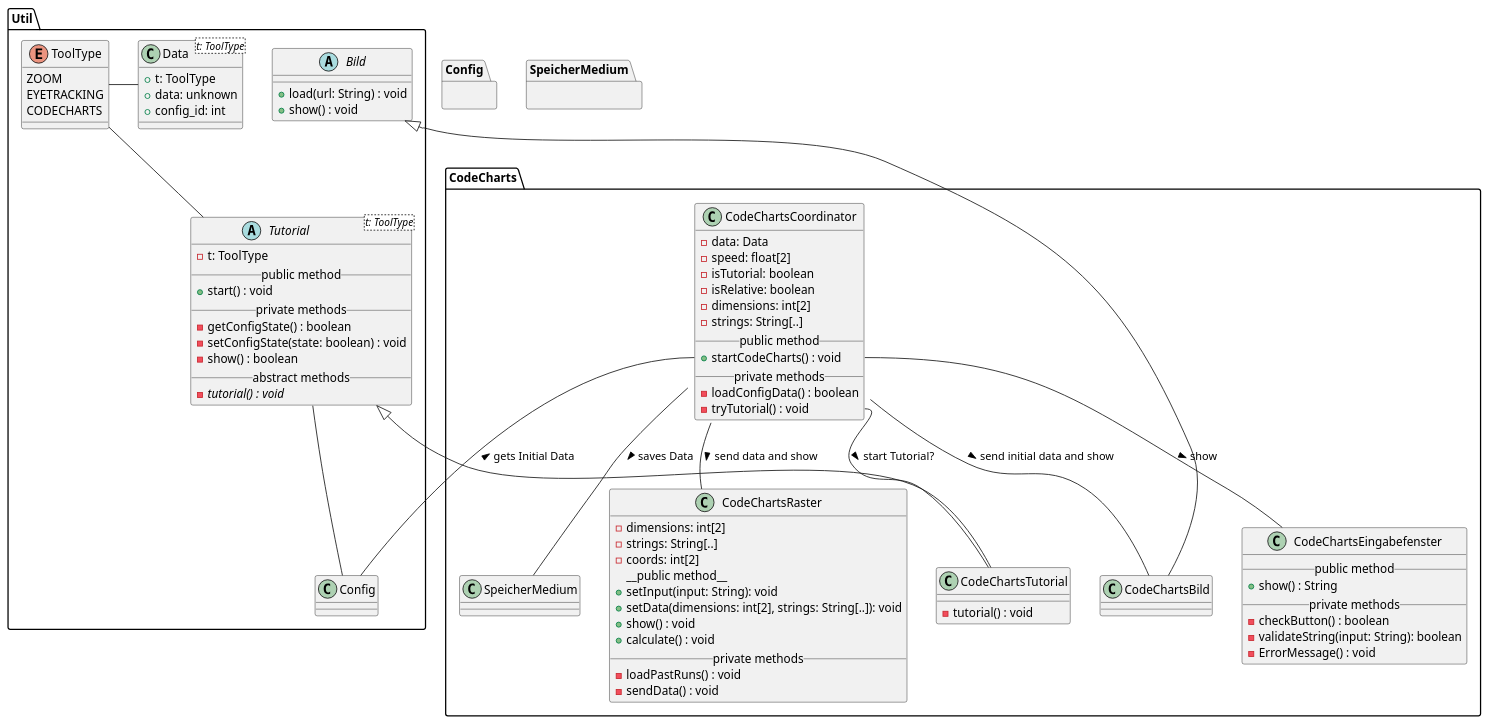
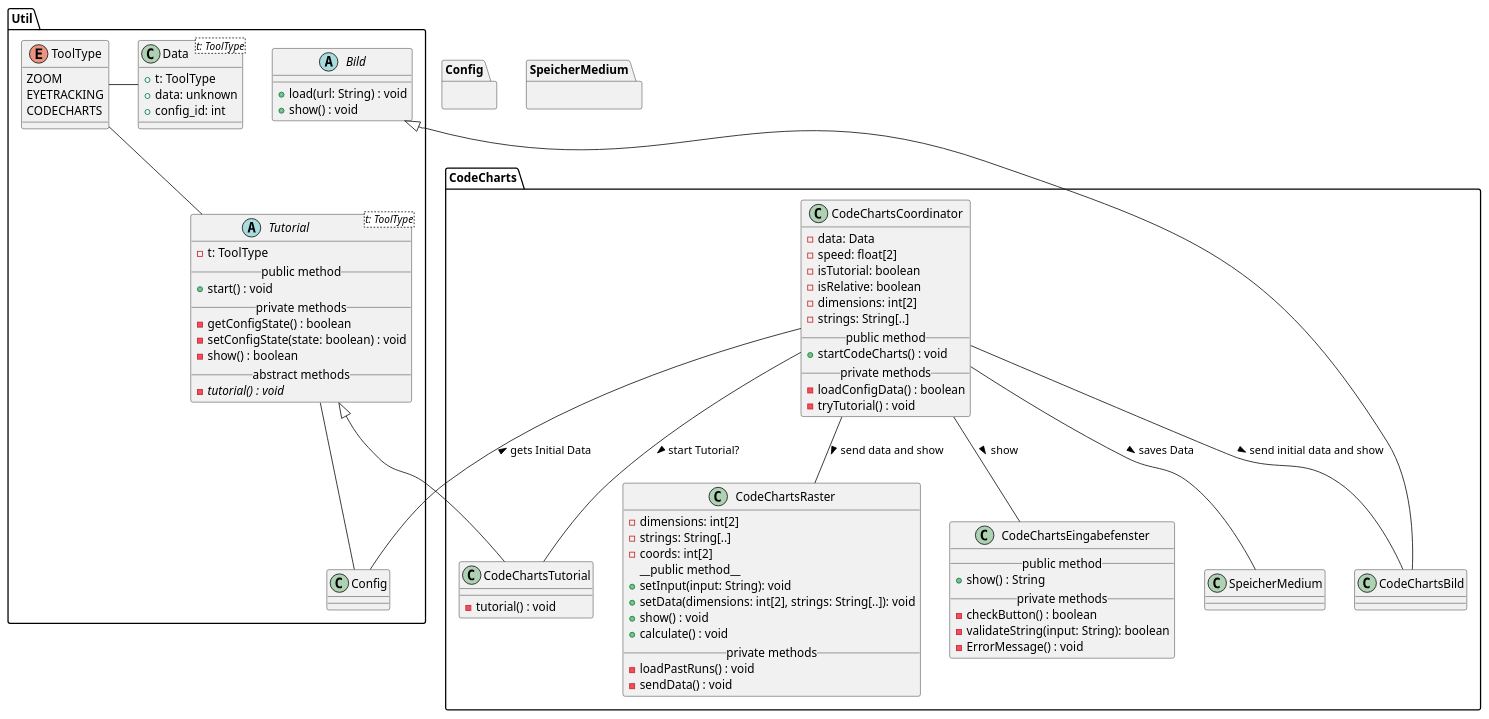
Before and after one commit to weichware10/meilensteine: the diagram in meilenstein_03/uml-code_charts/uml-code_charts.puml, drawn with PlantUML.

Commit message:
Fehlerbehebung

```diff
--- a/meilenstein_03/uml-code_charts/uml-code_charts.puml
+++ b/meilenstein_03/uml-code_charts/uml-code_charts.puml
@@ -1,120 +1,119 @@
 @startuml code_charts
 ' skinparam backgroundColor transparent
 '() System #DA70D5
 top to bottom direction
 
 package Util {
     ' --- TUTORIAL ---
     abstract Tutorial<t: ToolType> {
       - t: ToolType
       __public method__
       + start() : void
       __private methods__
       - getConfigState() : boolean
       - setConfigState(state: boolean) : void
       - show() : boolean
       __abstract methods__
       - {abstract} tutorial() : void
     }
 
     enum ToolType {
       ZOOM
       EYETRACKING
       CODECHARTS
     }
 
     ' Interaktionen
     Tutorial -u- ToolType
     Data -r- ToolType
     Tutorial -d- Config
 
 
     ' --- BILD ---
 
     abstract Bild {
       + load(url: String) : void
       + show() : void
     }
 
     class Data<t: ToolType> {
         + t: ToolType
         + data: unknown
         + config_id: int
     }
 }
 
 ' === CODE CHARTS ===
 package CodeCharts {
 
     ' CodeCharts Tutorial 
     class CodeChartsTutorial {
       - tutorial() : void
     }
   
     ' CodeCharts Coordinator
     class CodeChartsCoordinator {
         - data: Data
         - speed: float[2]
         - isTutorial: boolean
         - isRelative: boolean
         - dimensions: int[2]
         - strings: String[..]
         __public method__
         + startCodeCharts() : void
         __private methods__
         - loadConfigData() : boolean
         - tryTutorial() : void
     }    
 
     ' CodeCharts Bild
     class CodeChartsBild {
     }
 
     ' CodeCharts Raster
     class CodeChartsRaster {
-        ' Unsicher ob es sinnvoll ist alle vorherigen Durchläufe auf einmal zu laden
         - dimensions: int[2]
         - strings: String[..]
         - coords: int[2]
         __public method__ 
         + setInput(input: String): void
         + setData(dimensions: int[2], strings: String[..]): void
         + show() : void
         + calculate() : void
         __private methods__
         - loadPastRuns() : void
         - sendData() : void
     }
 
     ' CodeCharts Eingabefenster
     class CodeChartsEingabefenster {
         __public method__
         + show() : String
         __private methods__
         - checkButton() : boolean
         - validateString(input: String): boolean
         - ErrorMessage() : void
     }
 
-  ' Vererbungen
-  Bild <|-d- CodeChartsBild
-  Tutorial <|-d- CodeChartsTutorial
+    ' Vererbungen
+    Bild <|-d- CodeChartsBild
+    Tutorial <|-d- CodeChartsTutorial
 
-  ' Interaktionen 
-  CodeChartsCoordinator -- CodeChartsBild : > send initial data and show
-  CodeChartsCoordinator -- CodeChartsRaster : > send data and show
-  CodeChartsCoordinator::startCodeCharts -- CodeChartsEingabefenster : > show
-  CodeChartsCoordinator::tryTutorial -- CodeChartsTutorial : > start Tutorial?
+    ' Interaktionen 
+    CodeChartsCoordinator -- CodeChartsBild : > send initial data and show
+    CodeChartsCoordinator -- CodeChartsRaster : > send data and show
+    CodeChartsCoordinator -- CodeChartsEingabefenster : > show
+    CodeChartsCoordinator -- CodeChartsTutorial : > start Tutorial?
 
-  ' Andere Module
-  CodeChartsCoordinator -- SpeicherMedium : > saves Data
-  CodeChartsCoordinator::startCodeCharts -- Config : < gets Initial Data
+    ' Andere Module
+    CodeChartsCoordinator -- SpeicherMedium : > saves Data
+    CodeChartsCoordinator -- Config : < gets Initial Data
   
 }
 
 ' Blackboxen / Andere Module
 package Config {}
 
 package SpeicherMedium {}
 
 @enduml
```
